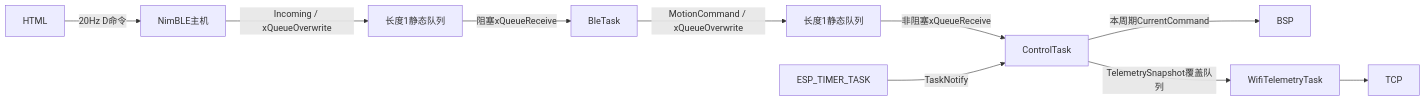
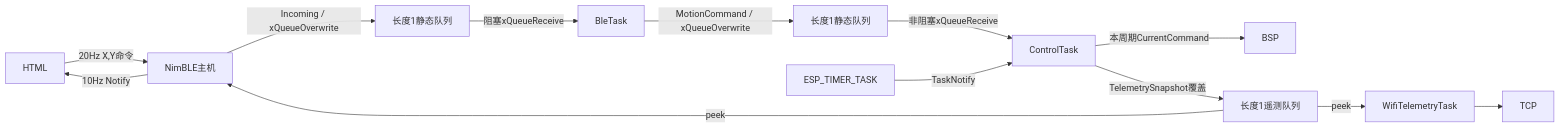
Before and after one commit to welldone987/FOC_ESPIDF_balance_vehicle: the fifth of 5 diagrams in docs/ADR-docs/architecture.md, drawn with Mermaid. The commit also changed other lines of this file and 19 other files, not shown here.

````diff
--- a/docs/ADR-docs/architecture.md
+++ b/docs/ADR-docs/architecture.md
@@ -539,12 +542,15 @@
 ```mermaid
 flowchart LR
-    HTML -->|20Hz D命令| Host[NimBLE主机]
+    HTML -->|20Hz X,Y命令| Host[NimBLE主机]
     Host -->|Incoming / xQueueOverwrite| Raw[长度1静态队列]
     Raw -->|阻塞xQueueReceive| BLE[BleTask]
     BLE -->|MotionCommand / xQueueOverwrite| Cmd[长度1静态队列]
     Cmd -->|非阻塞xQueueReceive| Control[ControlTask]
     Timer[ESP_TIMER_TASK] -->|TaskNotify| Control
     Control -->|本周期CurrentCommand| Motor[BSP]
-    Control -->|TelemetrySnapshot覆盖队列| Wifi[WifiTelemetryTask]
+    Control -->|TelemetrySnapshot覆盖| Telemetry[长度1遥测队列]
+    Telemetry -->|peek| Host
+    Host -->|10Hz Notify| HTML
+    Telemetry -->|peek| Wifi[WifiTelemetryTask]
     Wifi --> TCP
 ```
````
